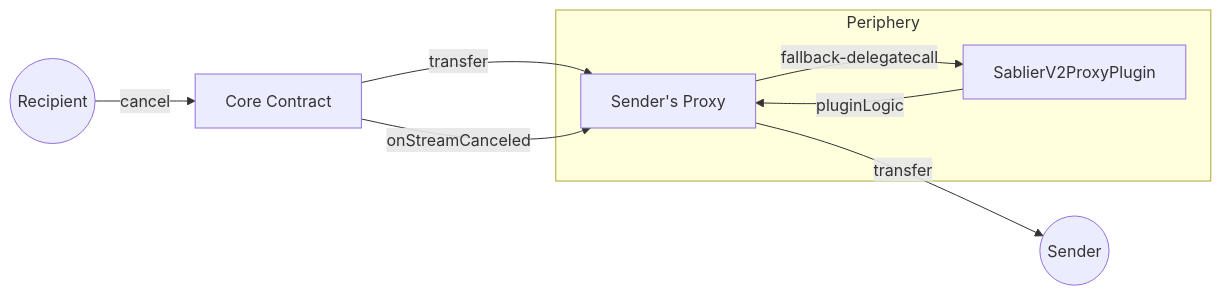
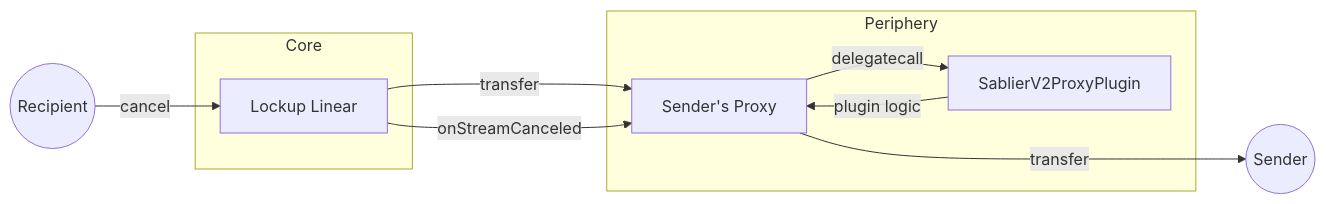
The eighth of 8 diagrams in docs/contracts/v2/reference/02-diagrams.md (sablier-labs/docs), drawn with Mermaid before and after one commit. The commit also changed other lines of this file, not shown here.

Commit message:
perf: polish diagrams

````diff
--- a/docs/contracts/v2/reference/02-diagrams.md
+++ b/docs/contracts/v2/reference/02-diagrams.md
@@ -187,17 +197,19 @@
 ```mermaid
 flowchart LR
+  R((Recipient))
+  subgraph Core
+    LL[Lockup Linear]
+  end
   subgraph Periphery
     P[Sender's Proxy]
     PP[SablierV2ProxyPlugin]
   end
-  CC[Core Contract]
+  S((Sender))
 
-  R((Recipient))
-  S((Sender))
-  R -- "cancel" --> CC
-  CC -- "transfer" --> P
-  CC -- "onStreamCanceled" --> P
-  P -- "fallback-delegatecall" --> PP
-  PP -- "pluginLogic" --> P
-  P -- "transfer" --> S
+  R -- "cancel" --> LL
+  LL -- "transfer" --> P
+  LL -- "onStreamCanceled" --> P
+  P -- "delegatecall" --> PP
+  PP -- "plugin logic" --> P
+  P -- "transfer" ---> S
 ```
````
